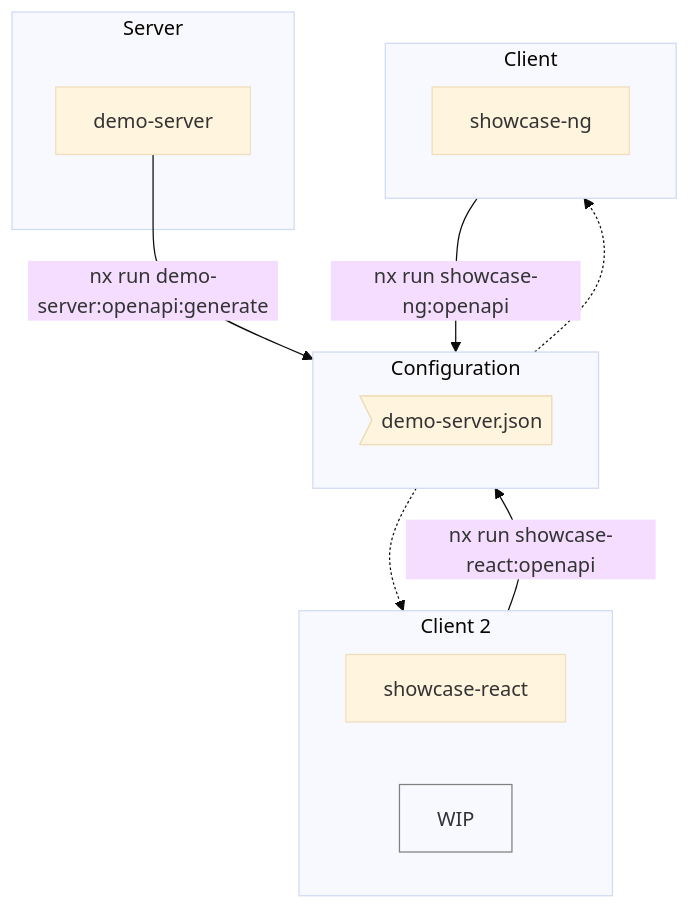
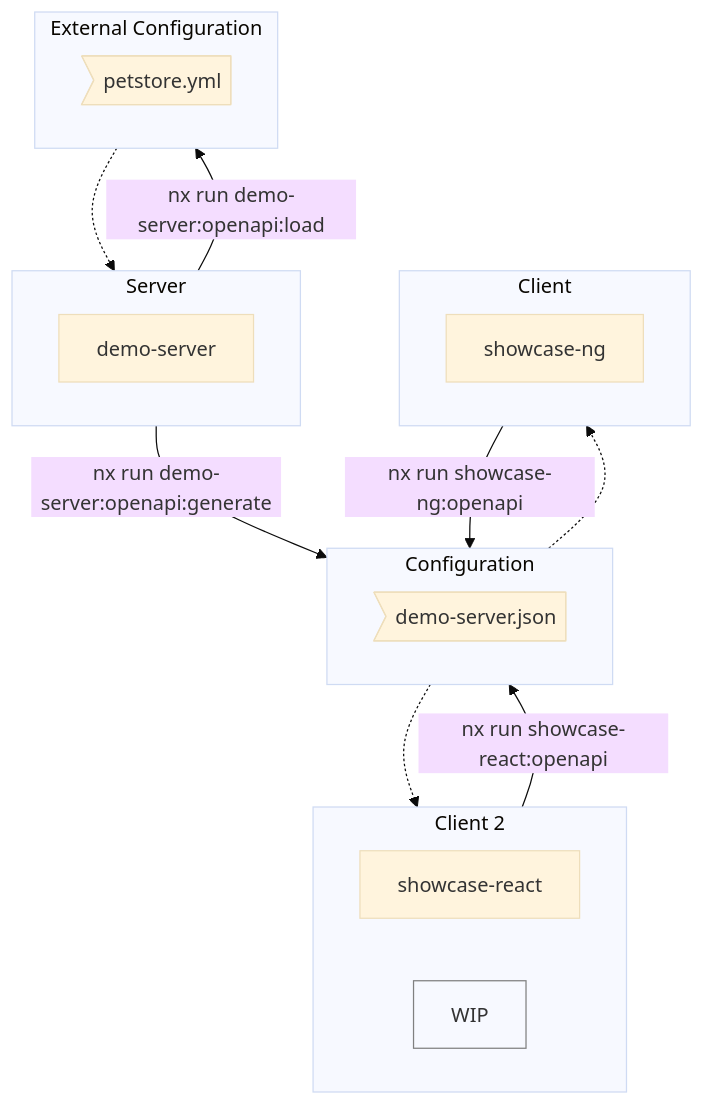
The diagram in README.md (joluj/openapi-experiments), drawn with Mermaid (base theme) before and after one commit. The commit also changed other lines of this file, not shown here.

Commit message:
Add external configuration to workflow chart

````diff
--- a/README.md
+++ b/README.md
@@ -9,28 +13,34 @@
 ```mermaid
 flowchart
 
 subgraph S [Server]
   s[demo-server]
 end
 
 subgraph D [Configuration]
   d>demo-server.json]
+end
+
+subgraph D_external [External Configuration]
+  d_external>petstore.yml]
 end
 
 subgraph C2 [Client 2]
   c2[showcase-react]
   c2wip[WIP]
   style c2wip fill:transparent,stroke-dasharray: 0,stroke: gray
 end
 
 subgraph C [Client]
   c[showcase-ng]
 end
 
-s -- nx run demo-server:openapi:generate --> D
+S -- nx run demo-server:openapi:load --> D_external -.-> S
+
+S -- nx run demo-server:openapi:generate --> D
 
 C -- nx run showcase-ng:openapi --> D -.-> C
 
 C2 -- nx run showcase-react:openapi --> D -.-> C2
 
 ```
````
